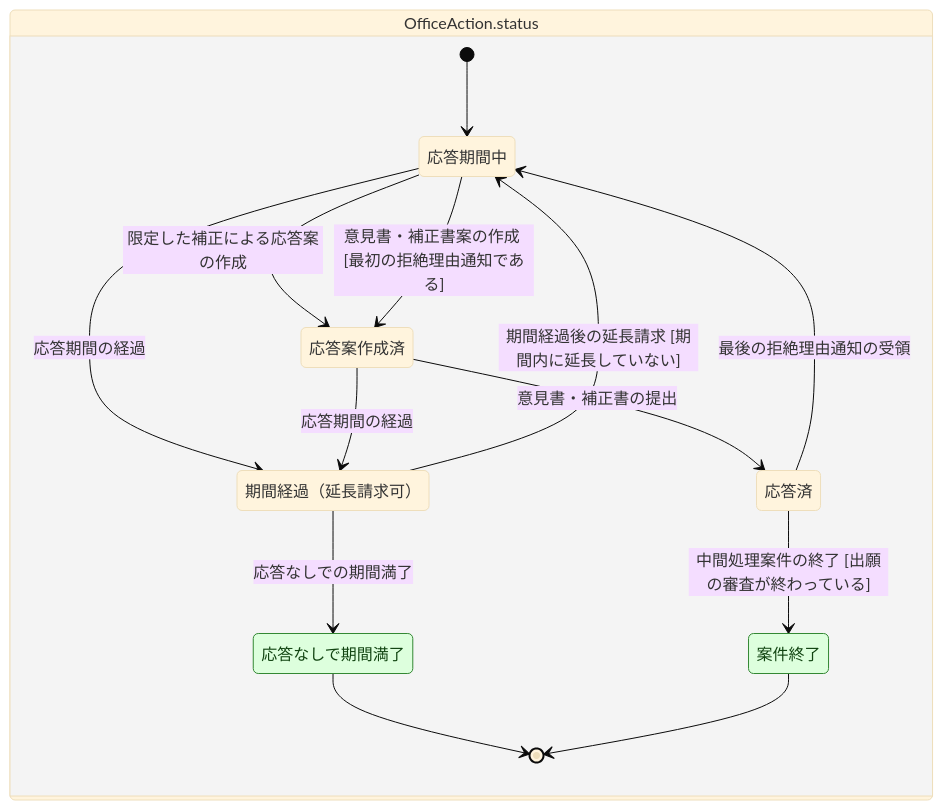
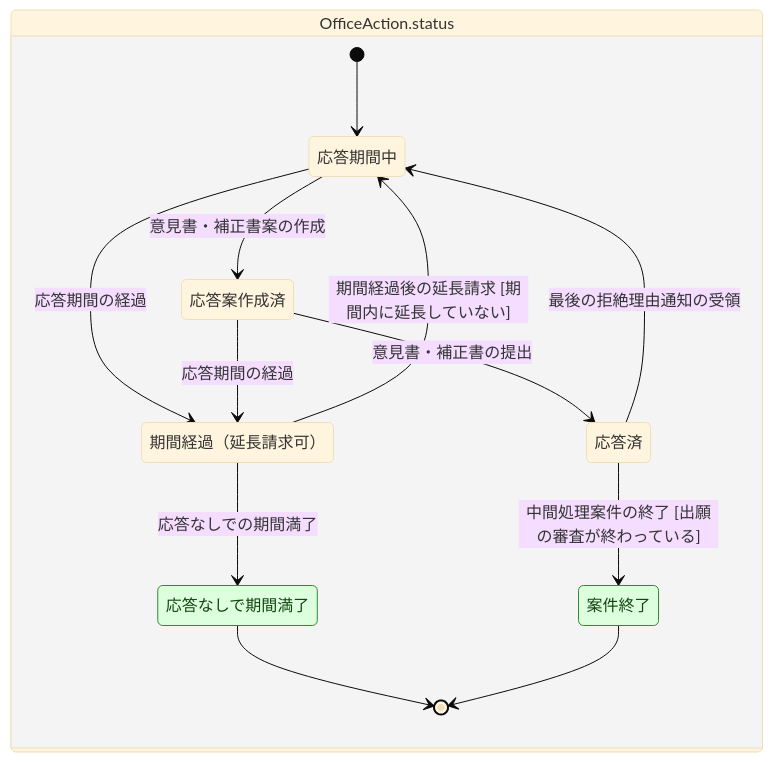
The diagram in samples/patent-ops/out/state/OfficeAction.mmd (manji-0/rdra-ish-dsl), drawn with Mermaid (base theme) before and after one commit. The commit also changed 52 other files, not shown here.

```diff
--- a/samples/patent-ops/out/state/OfficeAction.mmd
+++ b/samples/patent-ops/out/state/OfficeAction.mmd
@@ -1,37 +1,35 @@
 %% rdra-ish diagram=state scope=entity:OfficeAction model=samples/patent-ops
 %% kinds: statemodel state usecase
 %% omitted: OfficeAction.kind Patent.last_payment (Enum without transitions)
 %% legend: stateunreachable = no reachable state holds it, statedeadlock = an instance cannot leave it, stateend = no transition out
 stateDiagram-v2
   state "OfficeAction.status" as statemodel__OfficeAction_status {
     [*] --> state__OfficeAction_open
     state "応答期間中" as state__OfficeAction_open
     state "応答案作成済" as state__OfficeAction_drafted
     state "期間経過（延長請求可）" as state__OfficeAction_overdue
     state "応答済" as state__OfficeAction_answered
     state "応答なしで期間満了" as state__OfficeAction_lapsed
     state "案件終了" as state__OfficeAction_closed
-    %% transition usecase__DraftLimitedResponse
-    state__OfficeAction_open --> state__OfficeAction_drafted : 限定した補正による応答案の作成
     %% transition usecase__DraftResponse
-    state__OfficeAction_open --> state__OfficeAction_drafted : 意見書・補正書案の作成 [最初の拒絶理由通知である]
+    state__OfficeAction_open --> state__OfficeAction_drafted : 意見書・補正書案の作成
     %% transition usecase__ExpireResponseTerm
     state__OfficeAction_open --> state__OfficeAction_overdue : 応答期間の経過
     %% transition usecase__ExpireResponseTerm
     state__OfficeAction_drafted --> state__OfficeAction_overdue : 応答期間の経過
     %% transition usecase__FileResponse
     state__OfficeAction_drafted --> state__OfficeAction_answered : 意見書・補正書の提出
     %% transition usecase__RequestLateExtension
     state__OfficeAction_overdue --> state__OfficeAction_open : 期間経過後の延長請求 [期間内に延長していない]
     %% transition usecase__LapseResponse
     state__OfficeAction_overdue --> state__OfficeAction_lapsed : 応答なしでの期間満了
     %% transition usecase__ReceiveFinalOfficeAction
     state__OfficeAction_answered --> state__OfficeAction_open : 最後の拒絶理由通知の受領
     %% transition usecase__CloseOfficeActionDocket
     state__OfficeAction_answered --> state__OfficeAction_closed : 中間処理案件の終了 [出願の審査が終わっている]
     state__OfficeAction_lapsed --> [*]
     state__OfficeAction_closed --> [*]
   }
   classDef stateend fill:#dfd,stroke:#383,color:#141
   class state__OfficeAction_lapsed stateend
   class state__OfficeAction_closed stateend
```
